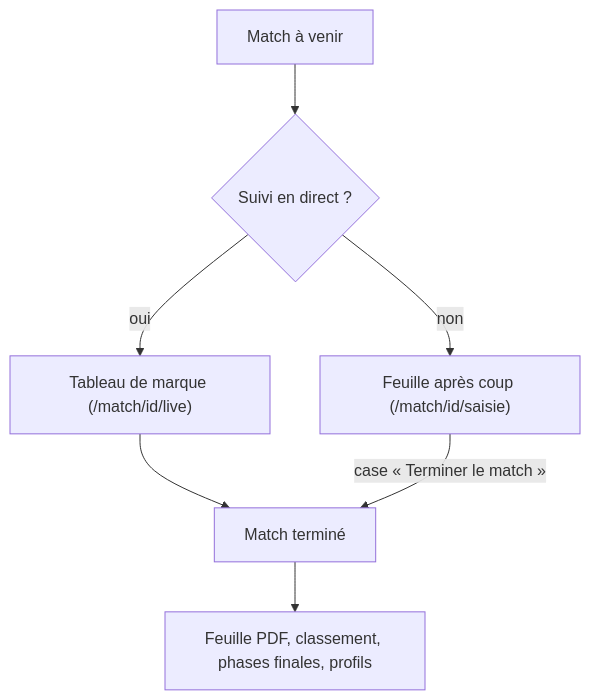
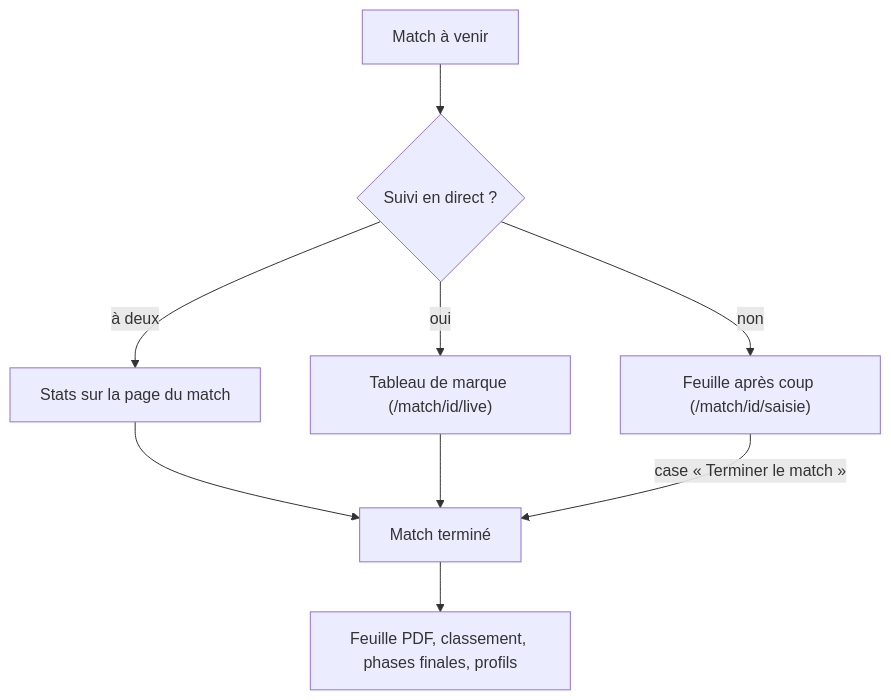
The diagram in PRD/userflows/marqueur-flow.md (Melv2412/TheBallerzLab), drawn with Mermaid before and after one commit. The commit also changed other lines of this file and 5 other files, not shown here.

````diff
--- a/PRD/userflows/marqueur-flow.md
+++ b/PRD/userflows/marqueur-flow.md
@@ -8,9 +14,11 @@
 ```mermaid
 flowchart TD
     A[Match à venir] --> B{Suivi en direct ?}
     B -->|oui| C["Tableau de marque (/match/id/live)"]
+    B -->|à deux| G["Stats sur la page du match"]
+    G --> E
     B -->|non| D["Feuille après coup (/match/id/saisie)"]
     C --> E[Match terminé]
     D -->|case « Terminer le match »| E
     E --> F[Feuille PDF, classement, phases finales, profils]
 ```
````
